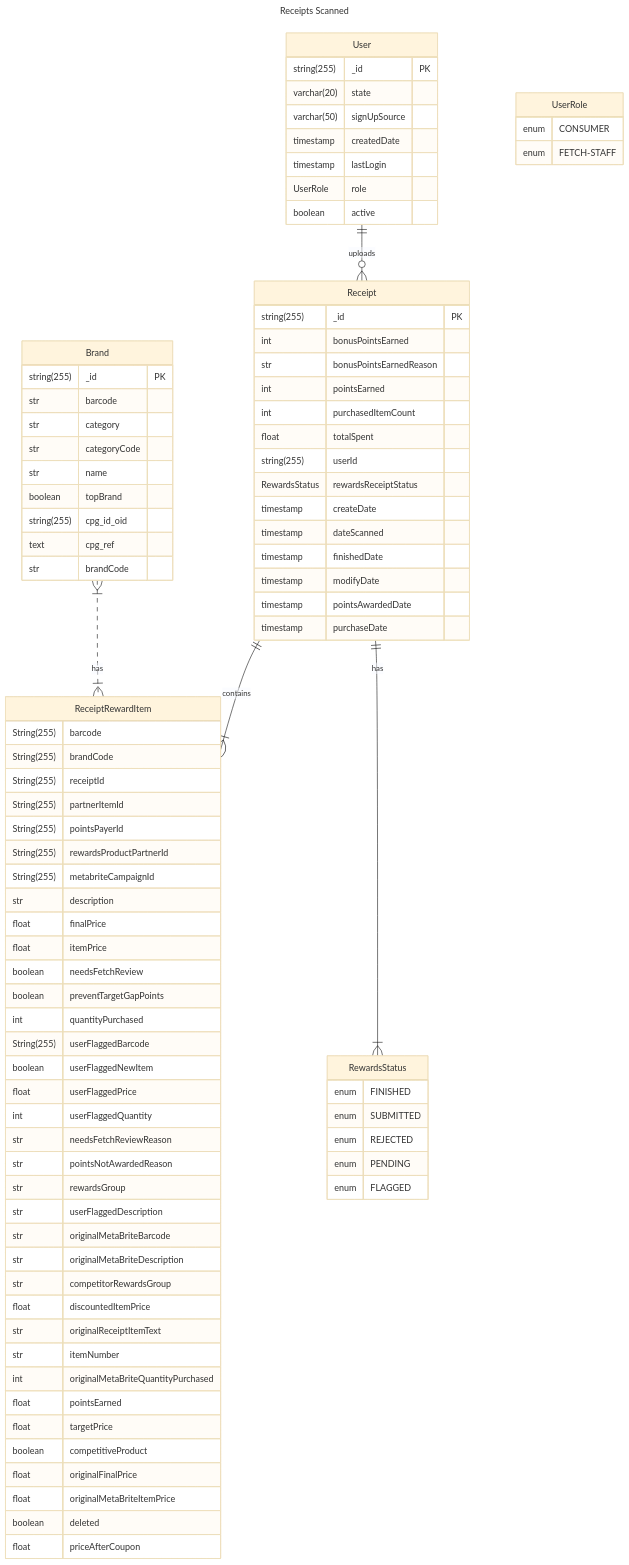
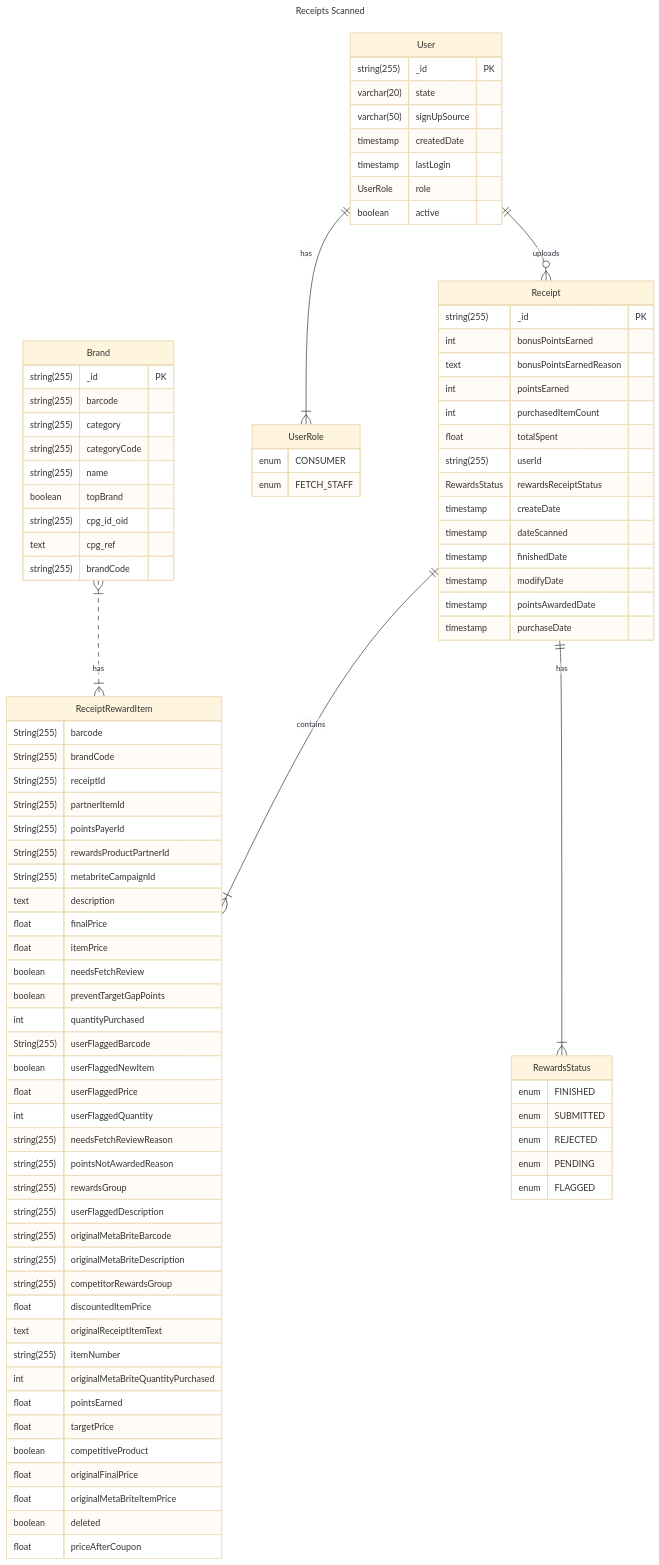
The diagram in README.md (janelawrence/fetch-assignment), drawn with Mermaid (base theme) before and after one commit.

Commit message:
modify er diagram

```diff
--- a/README.md
+++ b/README.md
@@ -9,6 +9,7 @@
 ---
 erDiagram
     User ||--o{ Receipt : uploads
+    User ||--|{ UserRole: has
     Receipt ||--|{ ReceiptRewardItem : contains
     Receipt ||--|{ RewardsStatus: has
     Brand }|..|{ ReceiptRewardItem : has
@@ -26,7 +27,7 @@
     Receipt {
         string(255) _id PK
         int bonusPointsEarned
-        str bonusPointsEarnedReason
+        text bonusPointsEarnedReason
         int pointsEarned
         int purchasedItemCount
         float totalSpent
@@ -50,19 +51,19 @@
 
     UserRole {
         enum CONSUMER
-        enum FETCH-STAFF
+        enum FETCH_STAFF
     }
 
     Brand {
         string(255) _id PK
-        str barcode
-        str category
-        str categoryCode
-        str name
+        string(255) barcode
+        string(255) category
+        string(255) categoryCode
+        string(255) name
         boolean topBrand
         string(255) cpg_id_oid
         text cpg_ref
-        str brandCode
+        string(255) brandCode
     }
 
     ReceiptRewardItem {
@@ -73,7 +74,7 @@
         String(255) pointsPayerId
         String(255) rewardsProductPartnerId
         String(255) metabriteCampaignId
-        str description
+        text description
         float finalPrice
         float itemPrice
         boolean needsFetchReview
@@ -83,16 +84,16 @@
         boolean userFlaggedNewItem
         float userFlaggedPrice
         int userFlaggedQuantity
-        str needsFetchReviewReason
-        str pointsNotAwardedReason
-        str rewardsGroup
-        str userFlaggedDescription
-        str originalMetaBriteBarcode
-        str originalMetaBriteDescription
-        str competitorRewardsGroup
+        string(255) needsFetchReviewReason
+        string(255) pointsNotAwardedReason
+        string(255) rewardsGroup
+        string(255) userFlaggedDescription
+        string(255) originalMetaBriteBarcode
+        string(255) originalMetaBriteDescription
+        string(255) competitorRewardsGroup
         float discountedItemPrice
-        str originalReceiptItemText
-        str itemNumber
+        text originalReceiptItemText
+        string(255) itemNumber
         int originalMetaBriteQuantityPurchased
         float pointsEarned
         float targetPrice
```
